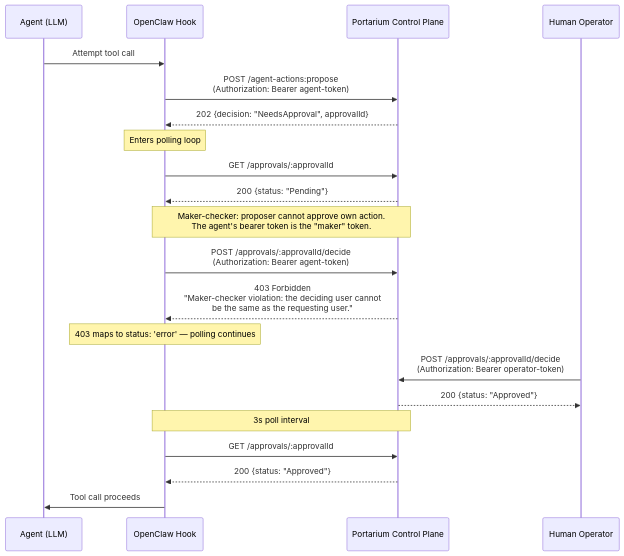
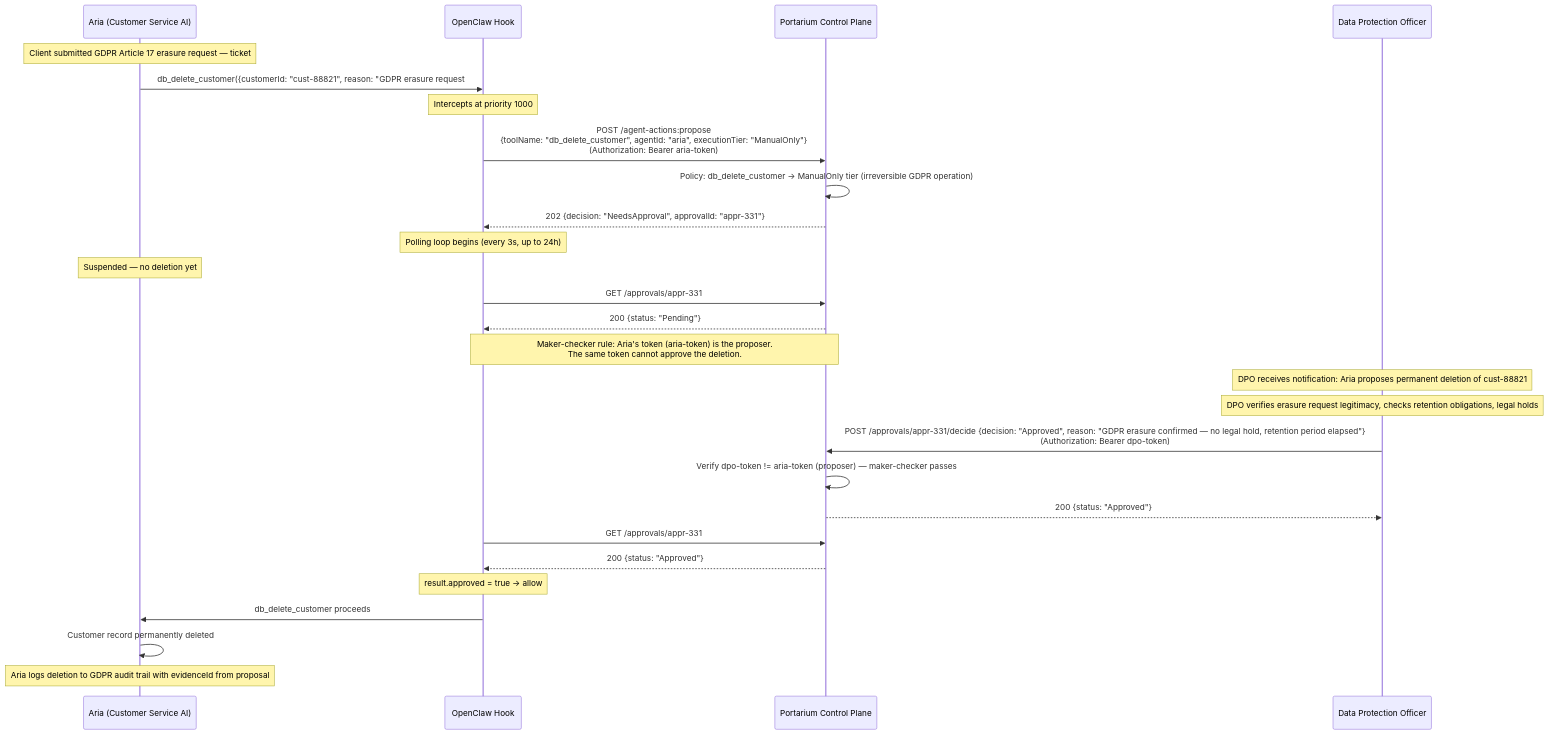
The sixth of 9 diagrams in examples/openclaw/diagrams.md (45ck/Portarium), drawn with Mermaid before and after one commit. The commit also changed other lines of this file and 3 other files, not shown here.

````diff
--- a/examples/openclaw/diagrams.md
+++ b/examples/openclaw/diagrams.md
@@ -120,33 +221,38 @@
 ```mermaid
 sequenceDiagram
-  participant Agent as Agent (LLM)
+  participant Aria as Aria (Customer Service AI)
   participant Hook as OpenClaw Hook
   participant CP as Portarium Control Plane
-  participant Human as Human Operator
+  participant DPO as Data Protection Officer
 
-  Agent->>Hook: Attempt tool call
-  Hook->>CP: POST /agent-actions:propose<br/>(Authorization: Bearer agent-token)
-  CP-->>Hook: 202 {decision: "NeedsApproval", approvalId}
+  Note over Aria: Client submitted GDPR Article 17 erasure request — ticket #7701
+  Aria->>Hook: db_delete_customer({customerId: "cust-88821", reason: "GDPR erasure request #7701"})
+  Note over Hook: Intercepts at priority 1000
 
-  Note over Hook: Enters polling loop
+  Hook->>CP: POST /agent-actions:propose<br/>{toolName: "db_delete_customer", agentId: "aria", executionTier: "ManualOnly"}<br/>(Authorization: Bearer aria-token)
+  CP->>CP: Policy: db_delete_customer → ManualOnly tier (irreversible GDPR operation)
+  CP-->>Hook: 202 {decision: "NeedsApproval", approvalId: "appr-331"}
 
-  Hook->>CP: GET /approvals/:approvalId
+  Note over Hook: Polling loop begins (every 3s, up to 24h)
+  Note over Aria: Suspended — no deletion yet
+
+  Hook->>CP: GET /approvals/appr-331
   CP-->>Hook: 200 {status: "Pending"}
 
-  Note over Hook,CP: Maker-checker: proposer cannot approve own action.<br/>The agent's bearer token is the "maker" token.
+  Note over Hook,CP: Maker-checker rule: Aria's token (aria-token) is the proposer.<br/>The same token cannot approve the deletion.
 
-  Hook->>CP: POST /approvals/:approvalId/decide<br/>(Authorization: Bearer agent-token)
-  CP-->>Hook: 403 Forbidden<br/>"Maker-checker violation: the deciding user cannot<br/>be the same as the requesting user."
+  Note over DPO: DPO receives notification: Aria proposes permanent deletion of cust-88821
+  Note over DPO: DPO verifies erasure request legitimacy, checks retention obligations, legal holds
 
-  Note over Hook: 403 maps to status: 'error' — polling continues
+  DPO->>CP: POST /approvals/appr-331/decide {decision: "Approved", reason: "GDPR erasure confirmed — no legal hold, retention period elapsed"}<br/>(Authorization: Bearer dpo-token)
+  CP->>CP: Verify dpo-token != aria-token (proposer) — maker-checker passes
+  CP-->>DPO: 200 {status: "Approved"}
 
-  Human->>CP: POST /approvals/:approvalId/decide<br/>(Authorization: Bearer operator-token)
-  CP-->>Human: 200 {status: "Approved"}
-
-  Note over Hook,CP: 3s poll interval
-
-  Hook->>CP: GET /approvals/:approvalId
+  Hook->>CP: GET /approvals/appr-331
   CP-->>Hook: 200 {status: "Approved"}
 
-  Hook->>Agent: Tool call proceeds
+  Note over Hook: result.approved = true → allow
+  Hook->>Aria: db_delete_customer proceeds
+  Aria->>Aria: Customer record permanently deleted
+  Note over Aria: Aria logs deletion to GDPR audit trail with evidenceId from proposal
 ```
````
